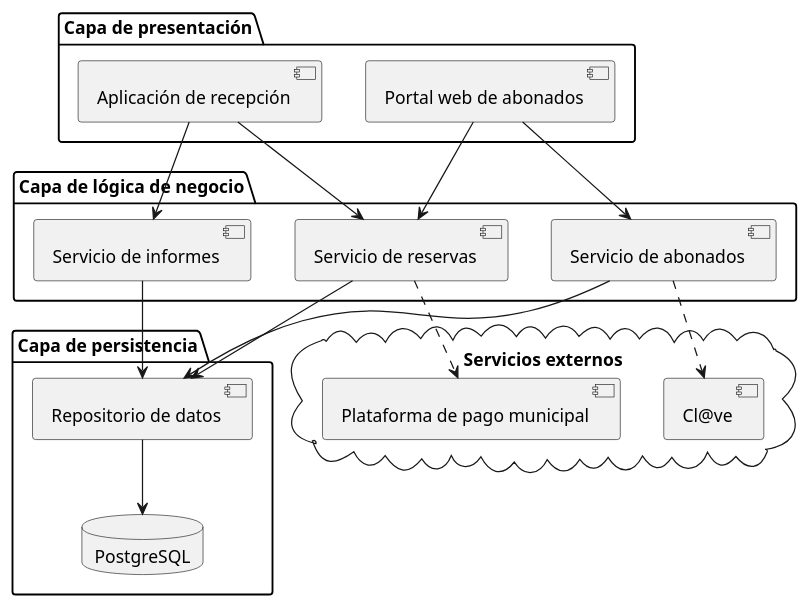
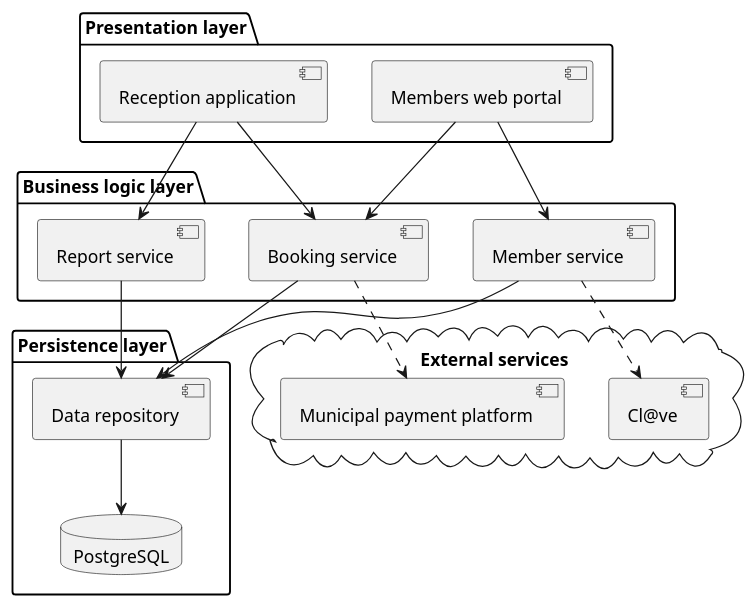
One commit to proteus-University-of-Seville/profile-madeja changed the diagram in archetypes/en_us/projects/sample-sports-center/assets/arquitectura-logica.puml. Above: the diagram before and after it, drawn with PlantUML. The commit also changed 16 other files, not shown here.

First line of the commit message:
Translate the diagrams of the English sample to English

```diff
--- a/archetypes/en_us/projects/sample-sports-center/assets/arquitectura-logica.puml
+++ b/archetypes/en_us/projects/sample-sports-center/assets/arquitectura-logica.puml
@@ -1,30 +1,30 @@
 @startuml
 skinparam defaultFontName Arial
-package "Capa de presentación" {
-  [Portal web de abonados] as portal
-  [Aplicación de recepción] as recepcion
+package "Presentation layer" {
+  [Members web portal] as portal
+  [Reception application] as reception
 }
-package "Capa de lógica de negocio" {
-  [Servicio de reservas] as reservas
-  [Servicio de abonados] as abonados
-  [Servicio de informes] as informes
+package "Business logic layer" {
+  [Booking service] as bookings
+  [Member service] as members
+  [Report service] as reports
 }
-package "Capa de persistencia" {
-  [Repositorio de datos] as repo
-  database "PostgreSQL" as bd
+package "Persistence layer" {
+  [Data repository] as repo
+  database "PostgreSQL" as db
 }
-cloud "Servicios externos" {
+cloud "External services" {
   [Cl@ve] as clave
-  [Plataforma de pago municipal] as pago
+  [Municipal payment platform] as payment
 }
-portal --> reservas
-portal --> abonados
-recepcion --> reservas
-recepcion --> informes
-reservas --> repo
-abonados --> repo
-informes --> repo
-repo --> bd
-abonados ..> clave
-reservas ..> pago
+portal --> bookings
+portal --> members
+reception --> bookings
+reception --> reports
+bookings --> repo
+members --> repo
+reports --> repo
+repo --> db
+members ..> clave
+bookings ..> payment
 @enduml
```
